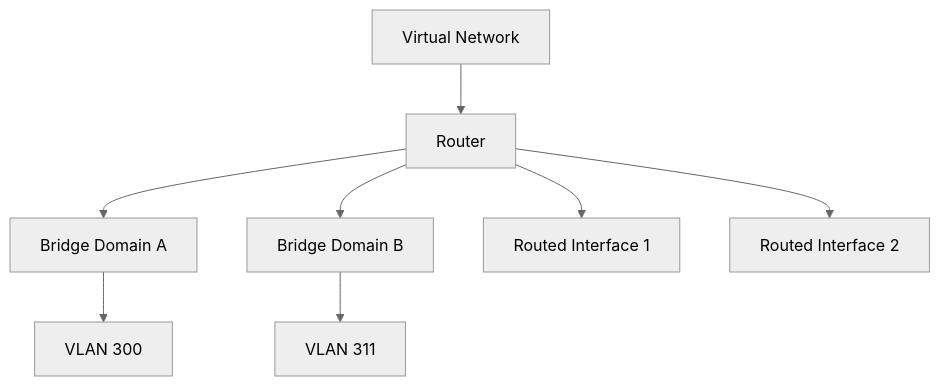
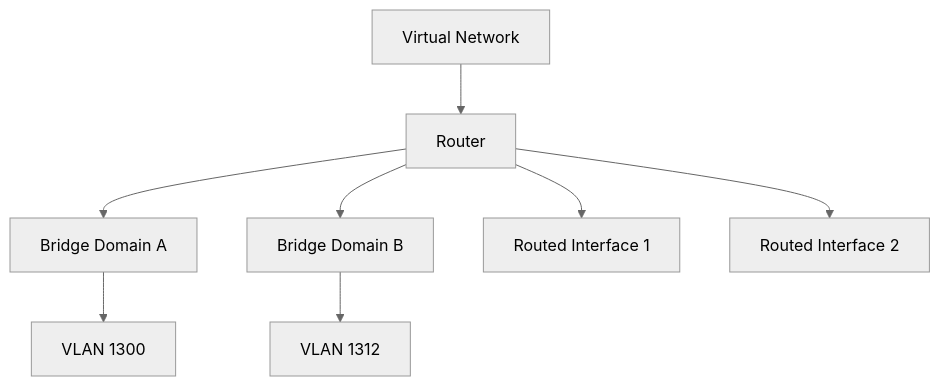
One commit to nokia/SReXperts changed the first of 2 diagrams in docs/eda/beginner/virtual-networks.md. Above: the diagram before and after it, drawn with Mermaid (neutral theme). The commit also changed other lines of this file and 612 other files, not shown here.

````diff
--- a/docs/eda/beginner/virtual-networks.md
+++ b/docs/eda/beginner/virtual-networks.md
@@ -49,10 +48,10 @@
 ```mermaid
 graph TB
     X["Virtual Network"]-->A["Router"]
     A-->B["Bridge Domain A"]
     A-->C["Bridge Domain B"]
     A-->D["Routed Interface 1"]
     A-->E["Routed Interface 2"]
-    B-->F["VLAN 300"]
-    C-->G["VLAN 311"]
+    B-->F["VLAN 1300"]
+    C-->G["VLAN 1312"]
 ```
````
